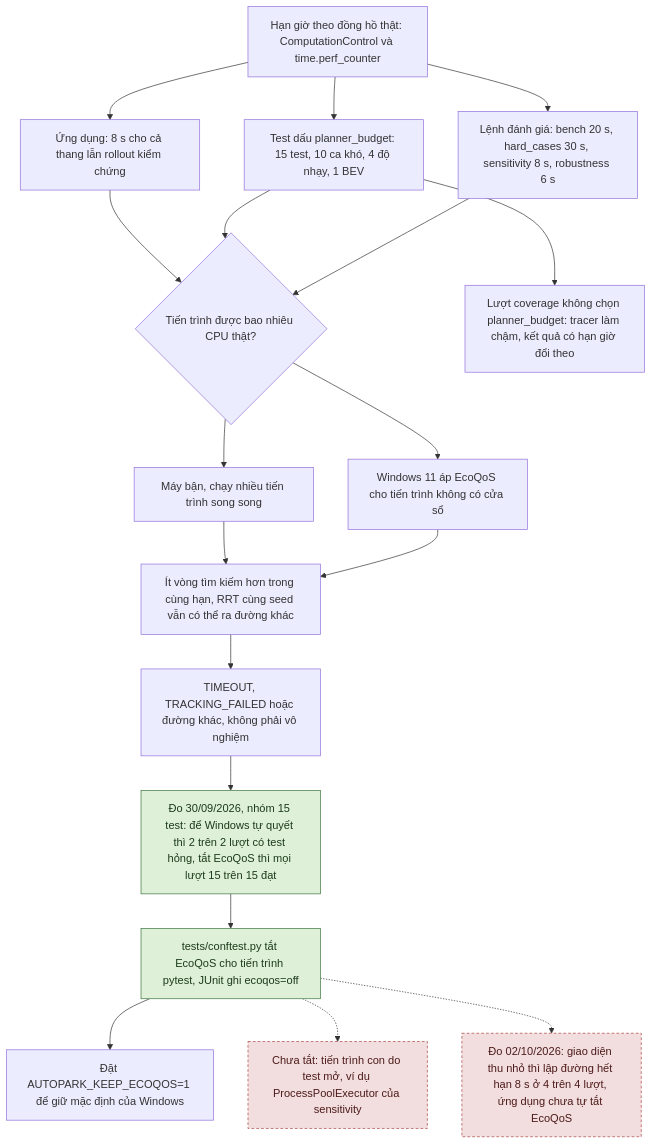
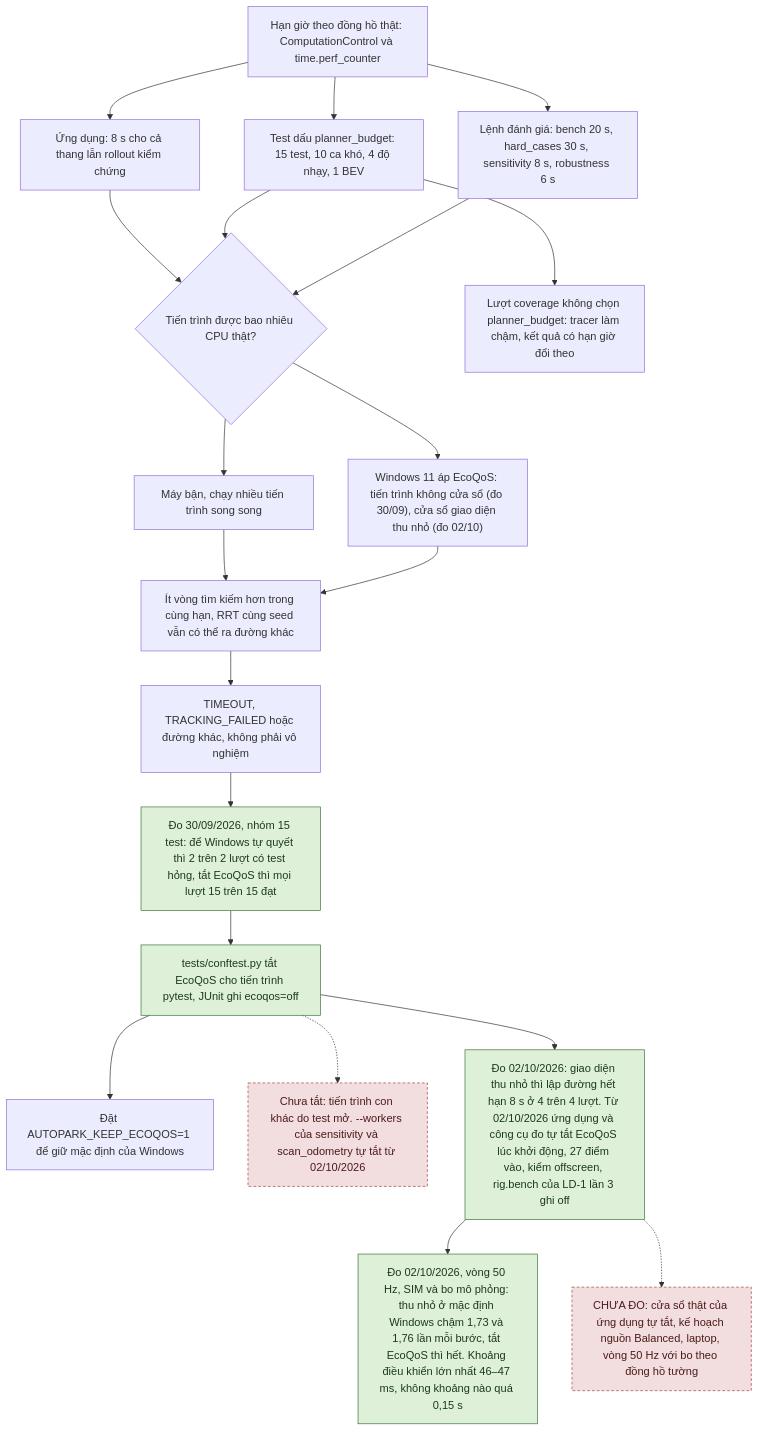
One commit to thbn12082/autopark changed diagram 18 of 50 in autopark/docs/SO_DO_HE_THONG.md. Above: the diagram before and after it, drawn with Mermaid. The commit also changed other lines of this file and 223 other files, not shown here.

````diff
--- a/autopark/docs/SO_DO_HE_THONG.md
+++ b/autopark/docs/SO_DO_HE_THONG.md
@@ -1070,26 +1226,28 @@
 ```mermaid
 flowchart TD
     D["Hạn giờ theo đồng hồ thật: ComputationControl và time.perf_counter"]
     D --> B1["Ứng dụng: 8 s cho cả thang lẫn rollout kiểm chứng"]
     D --> B2["Test dấu planner_budget: 15 test, 10 ca khó, 4 độ nhạy, 1 BEV"]
     D --> B3["Lệnh đánh giá: bench 20 s, hard_cases 30 s, sensitivity 8 s, robustness 6 s"]
     B1 --> SP{"Tiến trình được bao nhiêu CPU thật?"}
     B2 --> SP
     B3 --> SP
     SP --> L1["Máy bận, chạy nhiều tiến trình song song"]
-    SP --> L2["Windows 11 áp EcoQoS cho tiến trình không có cửa sổ"]
+    SP --> L2["Windows 11 áp EcoQoS: tiến trình không cửa sổ (đo 30/09), cửa sổ giao diện thu nhỏ (đo 02/10)"]
     L1 --> SLOW["Ít vòng tìm kiếm hơn trong cùng hạn, RRT cùng seed vẫn có thể ra đường khác"]
     L2 --> SLOW
     SLOW --> RES["TIMEOUT, TRACKING_FAILED hoặc đường khác, không phải vô nghiệm"]
     RES --> M["Đo 30/09/2026, nhóm 15 test: để Windows tự quyết thì 2 trên 2 lượt có test hỏng, tắt EcoQoS thì mọi lượt 15 trên 15 đạt"]
     M --> FIX["tests/conftest.py tắt EcoQoS cho tiến trình pytest, JUnit ghi ecoqos=off"]
     FIX --> OPT["Đặt AUTOPARK_KEEP_ECOQOS=1 để giữ mặc định của Windows"]
-    FIX -.-> GAP1["Chưa tắt: tiến trình con do test mở, ví dụ ProcessPoolExecutor của sensitivity"]
-    FIX -.-> GAP2["Đo 02/10/2026: giao diện thu nhỏ thì lập đường hết hạn 8 s ở 4 trên 4 lượt, ứng dụng chưa tự tắt EcoQoS"]
+    FIX -.-> GAP1["Chưa tắt: tiến trình con khác do test mở. --workers của sensitivity và scan_odometry tự tắt từ 02/10/2026"]
+    FIX --> APP["Đo 02/10/2026: giao diện thu nhỏ thì lập đường hết hạn 8 s ở 4 trên 4 lượt. Từ 02/10/2026 ứng dụng và công cụ đo tự tắt EcoQoS lúc khởi động, 27 điểm vào, kiểm offscreen, rig.bench của LD-1 lần 3 ghi off"]
+    APP --> LOOP["Đo 02/10/2026, vòng 50 Hz, SIM và bo mô phỏng: thu nhỏ ở mặc định Windows chậm 1,73 và 1,76 lần mỗi bước, tắt EcoQoS thì hết. Khoảng điều khiển lớn nhất 46–47 ms, không khoảng nào quá 0,15 s"]
+    APP -.-> GAP2["CHƯA ĐO: cửa sổ thật của ứng dụng tự tắt, kế hoạch nguồn Balanced, laptop, vòng 50 Hz với bo theo đồng hồ tường"]
     B2 --> COV["Lượt coverage không chọn planner_budget: tracer làm chậm, kết quả có hạn giờ đổi theo"]
     classDef daco fill:#dff0d8,stroke:#3c763d,color:#1b3a1b
     classDef giaLap fill:#fcf8e3,stroke:#8a6d3b,color:#4d3b12
     classDef chuaLam fill:#f2dede,stroke:#a94442,color:#4d1a1a,stroke-dasharray: 4 3
-    class M,FIX daco
+    class M,FIX,APP,LOOP daco
     class GAP1,GAP2 chuaLam
 ```
````
